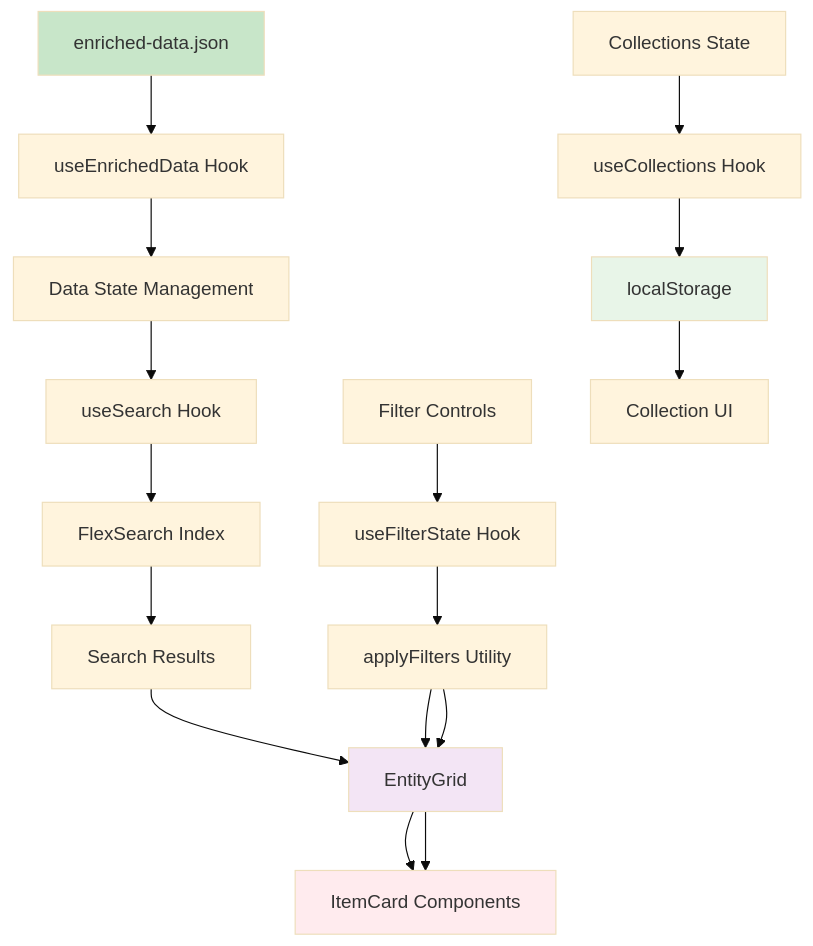
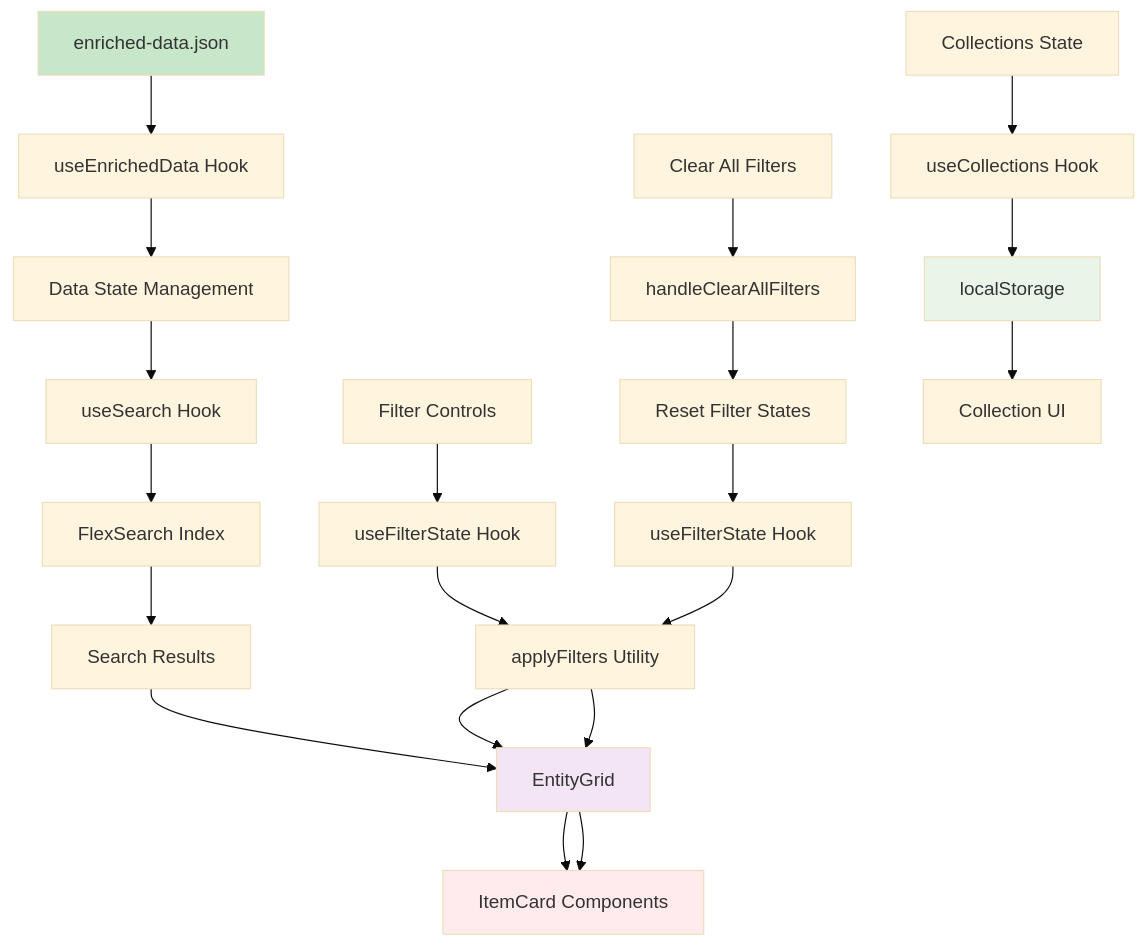
One commit to AustroMelee/Austros-ATLA-World changed the fourth of 15 diagrams in docs/data flow.md. Above: the diagram before and after it, drawn with Mermaid (base theme). The commit also changed other lines of this file and 32 other files, not shown here.

````diff
--- a/docs/data flow.md
+++ b/docs/data flow.md
@@ -91,26 +95,31 @@
 ```mermaid
 graph TD
     A[enriched-data.json] --> B[useEnrichedData Hook]
     B --> C[Data State Management]
     C --> D[useSearch Hook]
     D --> E[FlexSearch Index]
     E --> F[Search Results]
     
     G[Filter Controls] --> H[useFilterState Hook]
     H --> I[applyFilters Utility]
     I --> J[useMemo Cache]
     J --> K[Filtered Data]
     
+    L[Clear All Filters] --> M[handleClearAllFilters]
+    M --> N[Reset Filter States]
+    N --> O[useFilterState Hook]
+    O --> I
+    
     F --> J[EntityGrid]
     I --> J
     J --> K[ItemCard Components]
     
-    L[Collections State] --> M[useCollections Hook]
-    M --> N[localStorage]
-    N --> O[Collection UI]
+    P[Collections State] --> Q[useCollections Hook]
+    Q --> R[localStorage]
+    R --> S[Collection UI]
     
     style A fill:#c8e6c9
     style J fill:#f3e5f5
     style K fill:#ffebee
-    style N fill:#e8f5e8
+    style R fill:#e8f5e8
 ```
````
